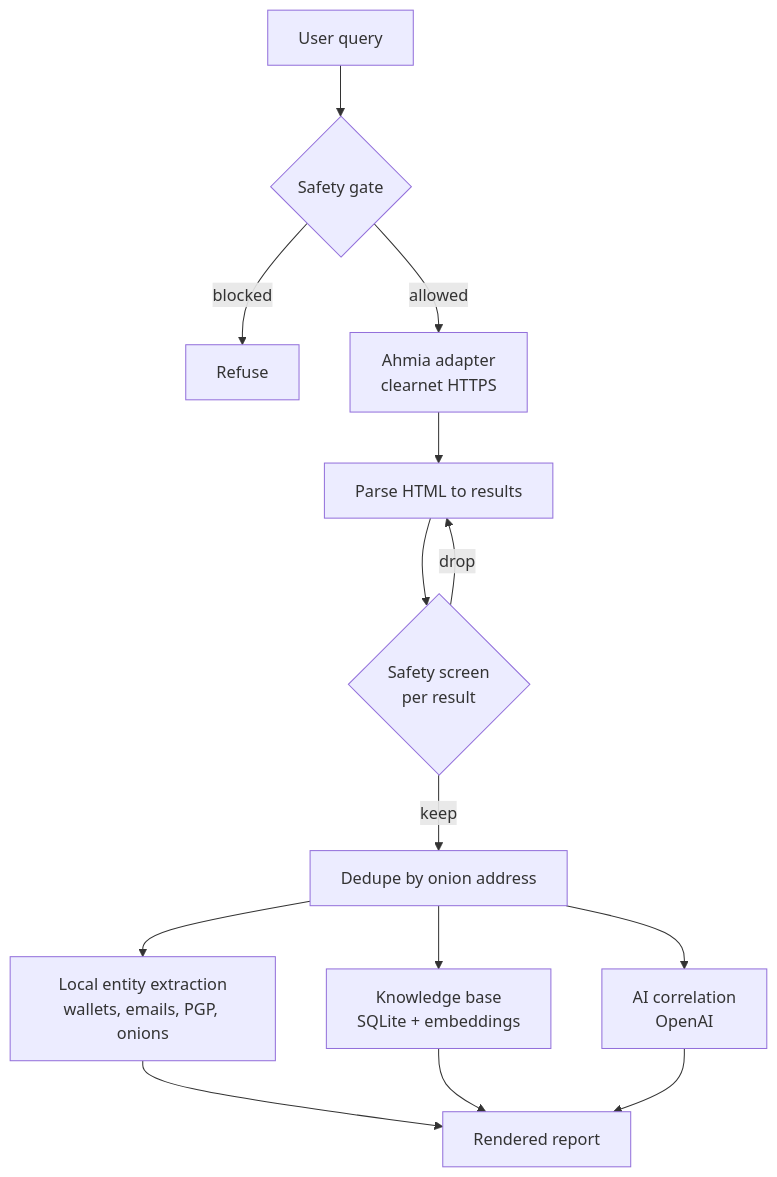
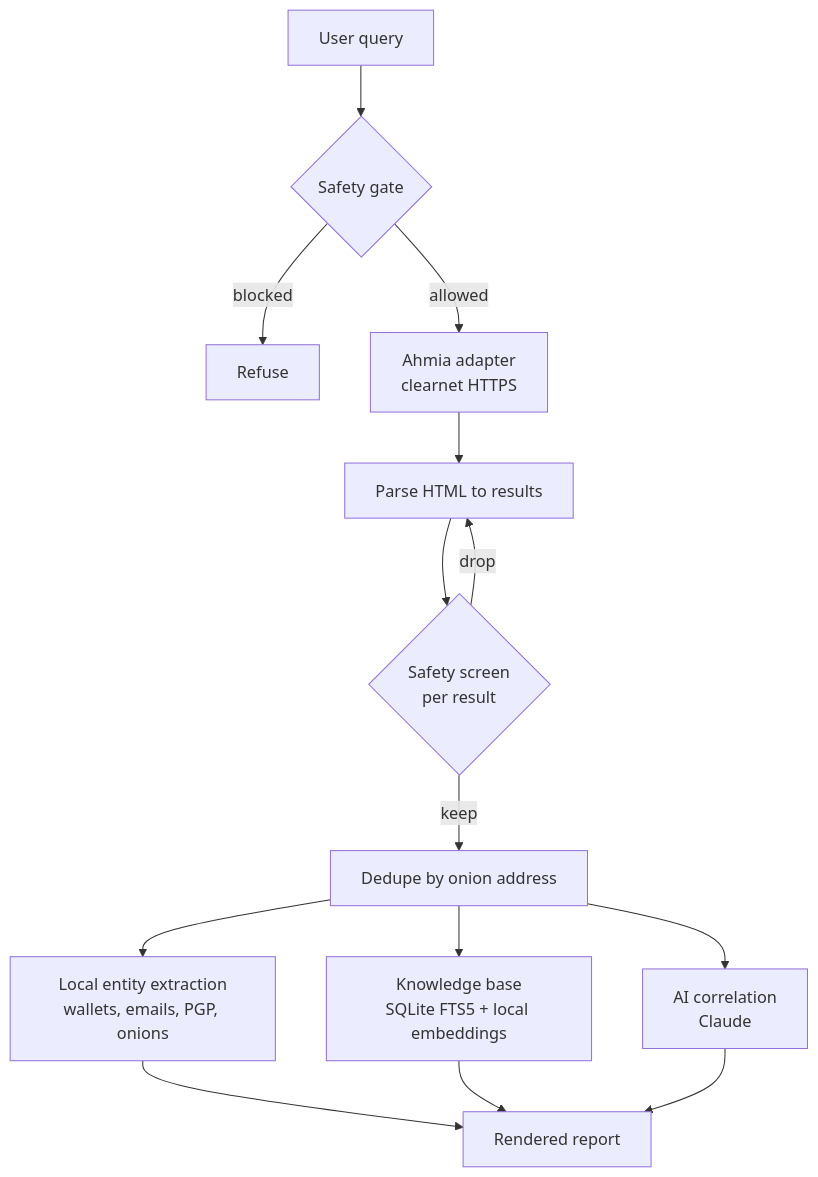
The diagram in docs/architecture.md (cparnin/onion-lens), drawn with Mermaid before and after one commit. The commit also changed other lines of this file and 16 other files, not shown here.

First line of the commit message:
Migrate AI layer from OpenAI to Anthropic; make knowledge base fully local

````diff
--- a/docs/architecture.md
+++ b/docs/architecture.md
@@ -7,16 +7,16 @@
 ```mermaid
 flowchart TD
     A[User query] --> B{Safety gate}
     B -- blocked --> X[Refuse]
     B -- allowed --> C[Ahmia adapter<br/>clearnet HTTPS]
     C --> D[Parse HTML to results]
     D --> E{Safety screen<br/>per result}
     E -- drop --> D
     E -- keep --> F[Dedupe by onion address]
     F --> G[Local entity extraction<br/>wallets, emails, PGP, onions]
-    F --> H[Knowledge base<br/>SQLite + embeddings]
-    F --> I[AI correlation<br/>OpenAI]
+    F --> H[Knowledge base<br/>SQLite FTS5 + local embeddings]
+    F --> I[AI correlation<br/>Claude]
     G --> J[Rendered report]
     H --> J
     I --> J
 ```
````
